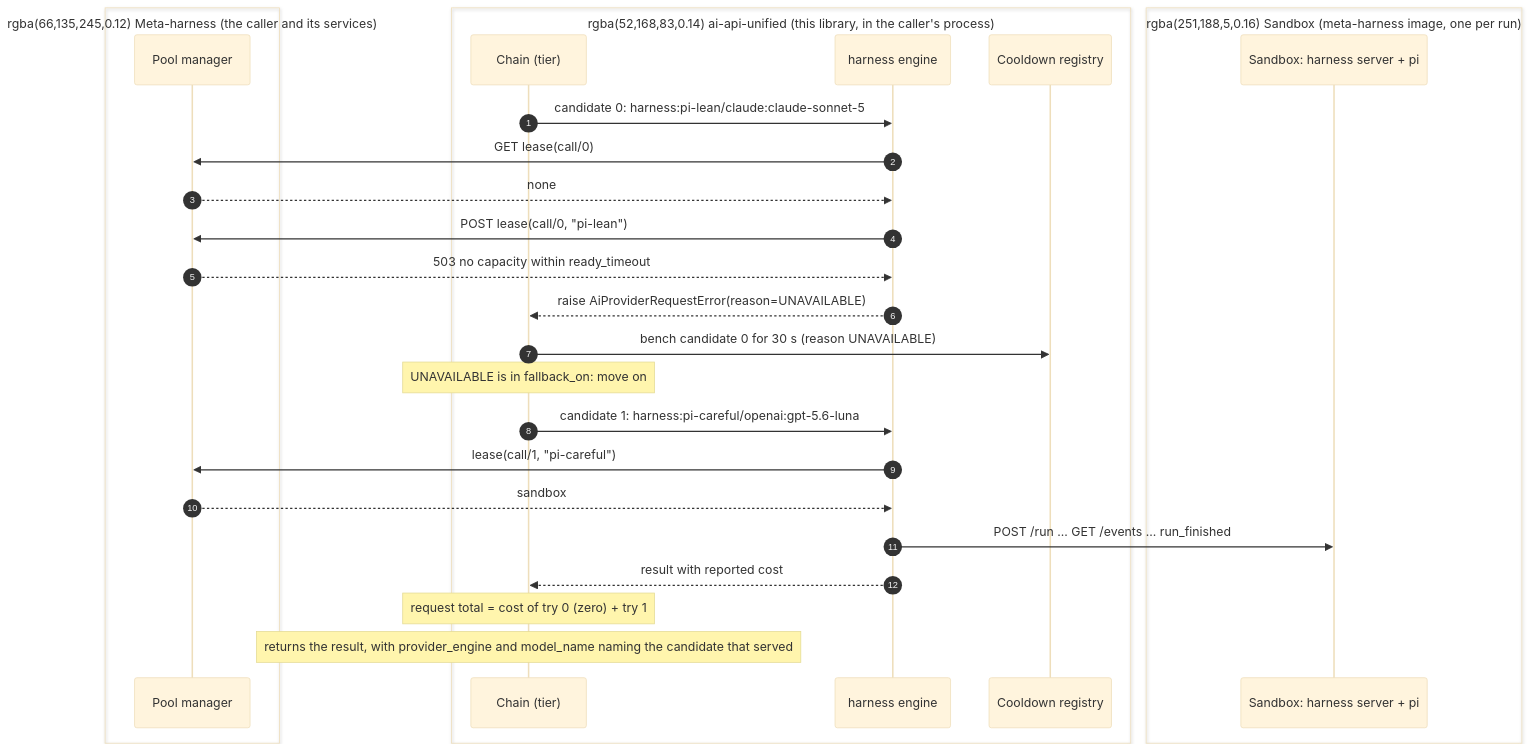
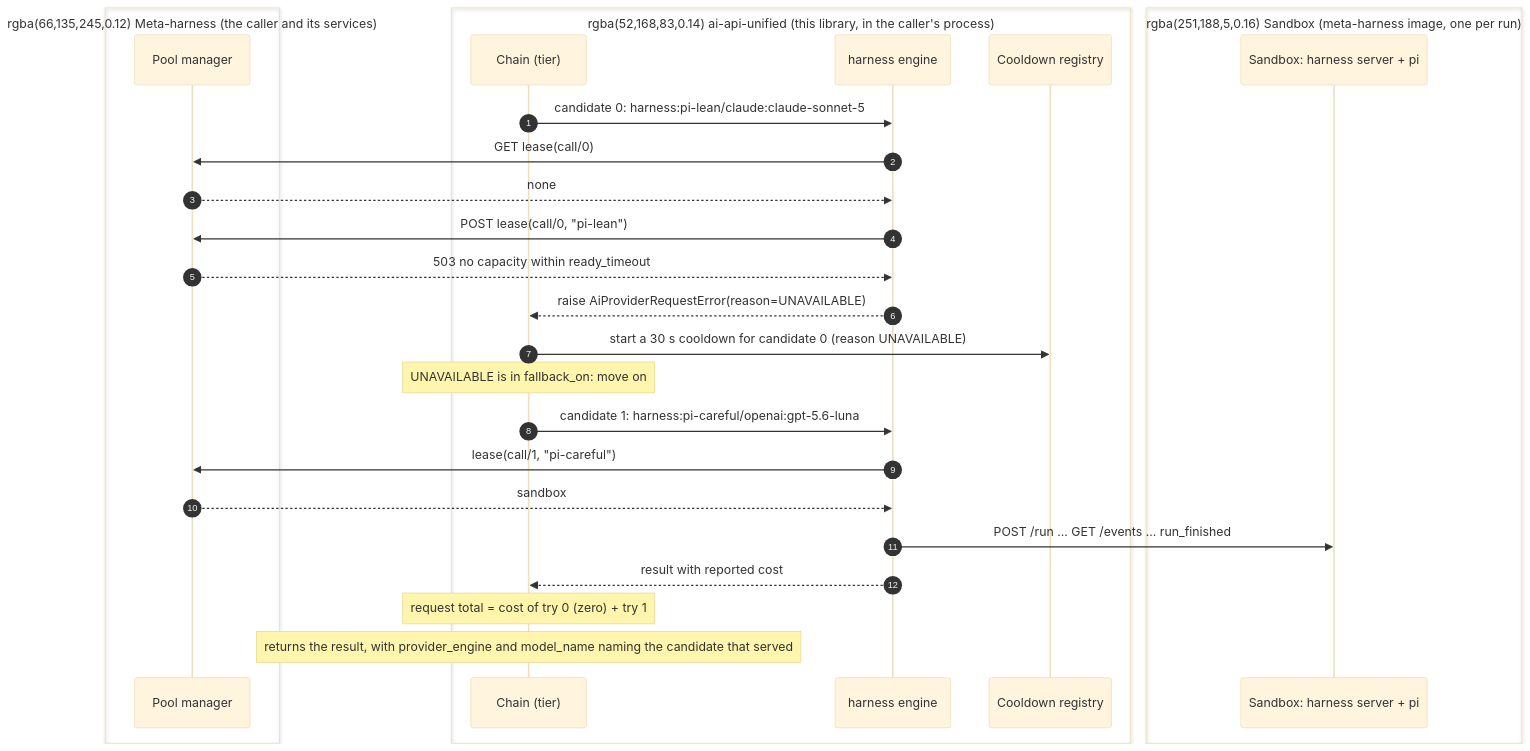
One commit to davecthomas/ai-api-unified changed the second of 8 diagrams in docs/harness_engine_design.md. Above: the diagram before and after it, drawn with Mermaid (base theme). The commit also changed other lines of this file, not shown here.

````diff
--- a/docs/harness_engine_design.md
+++ b/docs/harness_engine_design.md
@@ -166,31 +200,31 @@
 ```mermaid
 sequenceDiagram
     autonumber
     box rgba(66,135,245,0.12) Meta-harness (the caller and its services)
     participant P as Pool manager
     end
     box rgba(52,168,83,0.14) ai-api-unified (this library, in the caller's process)
     participant F as Chain (tier)
     participant E as harness engine
     participant CD as Cooldown registry
     end
     box rgba(251,188,5,0.16) Sandbox (meta-harness image, one per run)
     participant S as Sandbox: harness server + pi
     end
 
     F->>E: candidate 0: harness:pi-lean/claude:claude-sonnet-5
     E->>P: GET lease(call/0)
     P-->>E: none
     E->>P: POST lease(call/0, "pi-lean")
     P-->>E: 503 no capacity within ready_timeout
     E-->>F: raise AiProviderRequestError(reason=UNAVAILABLE)
-    F->>CD: bench candidate 0 for 30 s (reason UNAVAILABLE)
+    F->>CD: start a 30 s cooldown for candidate 0 (reason UNAVAILABLE)
     Note over F: UNAVAILABLE is in fallback_on: move on
     F->>E: candidate 1: harness:pi-careful/openai:gpt-5.6-luna
     E->>P: lease(call/1, "pi-careful")
     P-->>E: sandbox
     E->>S: POST /run ... GET /events ... run_finished
     E-->>F: result with reported cost
     Note over F: request total = cost of try 0 (zero) + try 1
     Note over F: returns the result, with provider_engine and model_name naming the candidate that served
 ```
````
